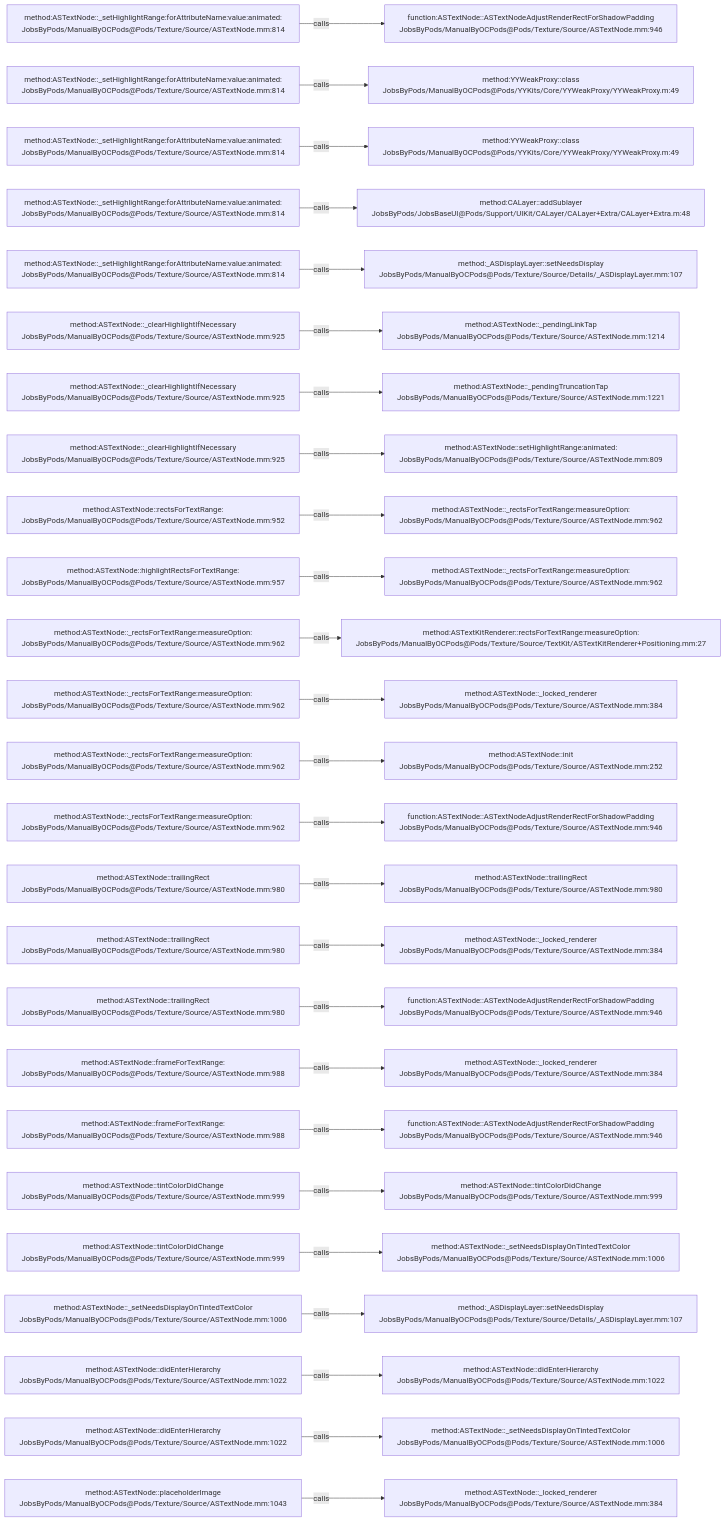
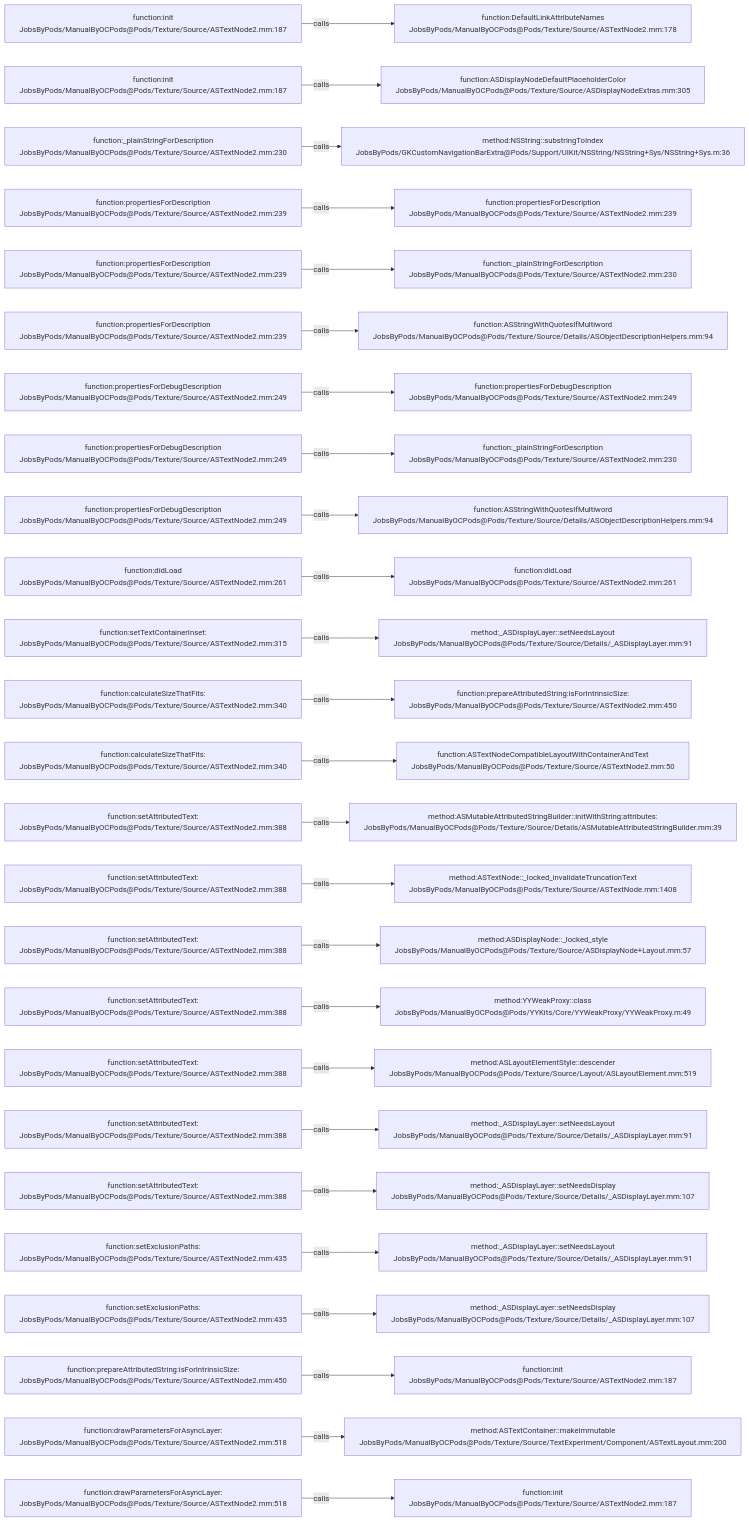
The diagram in .codegraph/codegraph.md/graphs/calls-137.md (JobsKits/JobsOCBaseConfigDemo), drawn with Mermaid before and after one commit. The commit also changed 1353 other files, not shown here.

````diff
--- a/.codegraph/codegraph.md/graphs/calls-137.md
+++ b/.codegraph/codegraph.md/graphs/calls-137.md
@@ -13,78 +13,78 @@
 ```mermaid
 flowchart LR
-  S1["method:ASTextNode::_setHighlightRange:forAttributeName:value:animated:<br/>JobsByPods/ManualByOCPods@Pods/Texture/Source/ASTextNode.mm:814"]
-  T1["function:ASTextNode::ASTextNodeAdjustRenderRectForShadowPadding<br/>JobsByPods/ManualByOCPods@Pods/Texture/Source/ASTextNode.mm:946"]
+  S1["function:init<br/>JobsByPods/ManualByOCPods@Pods/Texture/Source/ASTextNode2.mm:187"]
+  T1["function:DefaultLinkAttributeNames<br/>JobsByPods/ManualByOCPods@Pods/Texture/Source/ASTextNode2.mm:178"]
   S1 -->|calls| T1
-  S2["method:ASTextNode::_setHighlightRange:forAttributeName:value:animated:<br/>JobsByPods/ManualByOCPods@Pods/Texture/Source/ASTextNode.mm:814"]
-  T2["method:YYWeakProxy::class<br/>JobsByPods/ManualByOCPods@Pods/YYKits/Core/YYWeakProxy/YYWeakProxy.m:49"]
+  S2["function:init<br/>JobsByPods/ManualByOCPods@Pods/Texture/Source/ASTextNode2.mm:187"]
+  T2["function:ASDisplayNodeDefaultPlaceholderColor<br/>JobsByPods/ManualByOCPods@Pods/Texture/Source/ASDisplayNodeExtras.mm:305"]
   S2 -->|calls| T2
-  S3["method:ASTextNode::_setHighlightRange:forAttributeName:value:animated:<br/>JobsByPods/ManualByOCPods@Pods/Texture/Source/ASTextNode.mm:814"]
-  T3["method:YYWeakProxy::class<br/>JobsByPods/ManualByOCPods@Pods/YYKits/Core/YYWeakProxy/YYWeakProxy.m:49"]
+  S3["function:_plainStringForDescription<br/>JobsByPods/ManualByOCPods@Pods/Texture/Source/ASTextNode2.mm:230"]
+  T3["method:NSString::substringToIndex<br/>JobsByPods/GKCustomNavigationBarExtra@Pods/Support/UIKit/NSString/NSString+Sys/NSString+Sys.m:36"]
   S3 -->|calls| T3
-  S4["method:ASTextNode::_setHighlightRange:forAttributeName:value:animated:<br/>JobsByPods/ManualByOCPods@Pods/Texture/Source/ASTextNode.mm:814"]
-  T4["method:CALayer::addSublayer<br/>JobsByPods/JobsBaseUI@Pods/Support/UIKit/CALayer/CALayer+Extra/CALayer+Extra.m:48"]
+  S4["function:propertiesForDescription<br/>JobsByPods/ManualByOCPods@Pods/Texture/Source/ASTextNode2.mm:239"]
+  T4["function:propertiesForDescription<br/>JobsByPods/ManualByOCPods@Pods/Texture/Source/ASTextNode2.mm:239"]
   S4 -->|calls| T4
-  S5["method:ASTextNode::_setHighlightRange:forAttributeName:value:animated:<br/>JobsByPods/ManualByOCPods@Pods/Texture/Source/ASTextNode.mm:814"]
-  T5["method:_ASDisplayLayer::setNeedsDisplay<br/>JobsByPods/ManualByOCPods@Pods/Texture/Source/Details/_ASDisplayLayer.mm:107"]
+  S5["function:propertiesForDescription<br/>JobsByPods/ManualByOCPods@Pods/Texture/Source/ASTextNode2.mm:239"]
+  T5["function:_plainStringForDescription<br/>JobsByPods/ManualByOCPods@Pods/Texture/Source/ASTextNode2.mm:230"]
   S5 -->|calls| T5
-  S6["method:ASTextNode::_clearHighlightIfNecessary<br/>JobsByPods/ManualByOCPods@Pods/Texture/Source/ASTextNode.mm:925"]
-  T6["method:ASTextNode::_pendingLinkTap<br/>JobsByPods/ManualByOCPods@Pods/Texture/Source/ASTextNode.mm:1214"]
+  S6["function:propertiesForDescription<br/>JobsByPods/ManualByOCPods@Pods/Texture/Source/ASTextNode2.mm:239"]
+  T6["function:ASStringWithQuotesIfMultiword<br/>JobsByPods/ManualByOCPods@Pods/Texture/Source/Details/ASObjectDescriptionHelpers.mm:94"]
   S6 -->|calls| T6
-  S7["method:ASTextNode::_clearHighlightIfNecessary<br/>JobsByPods/ManualByOCPods@Pods/Texture/Source/ASTextNode.mm:925"]
-  T7["method:ASTextNode::_pendingTruncationTap<br/>JobsByPods/ManualByOCPods@Pods/Texture/Source/ASTextNode.mm:1221"]
+  S7["function:propertiesForDebugDescription<br/>JobsByPods/ManualByOCPods@Pods/Texture/Source/ASTextNode2.mm:249"]
+  T7["function:propertiesForDebugDescription<br/>JobsByPods/ManualByOCPods@Pods/Texture/Source/ASTextNode2.mm:249"]
   S7 -->|calls| T7
-  S8["method:ASTextNode::_clearHighlightIfNecessary<br/>JobsByPods/ManualByOCPods@Pods/Texture/Source/ASTextNode.mm:925"]
-  T8["method:ASTextNode::setHighlightRange:animated:<br/>JobsByPods/ManualByOCPods@Pods/Texture/Source/ASTextNode.mm:809"]
+  S8["function:propertiesForDebugDescription<br/>JobsByPods/ManualByOCPods@Pods/Texture/Source/ASTextNode2.mm:249"]
+  T8["function:_plainStringForDescription<br/>JobsByPods/ManualByOCPods@Pods/Texture/Source/ASTextNode2.mm:230"]
   S8 -->|calls| T8
-  S9["method:ASTextNode::rectsForTextRange:<br/>JobsByPods/ManualByOCPods@Pods/Texture/Source/ASTextNode.mm:952"]
-  T9["method:ASTextNode::_rectsForTextRange:measureOption:<br/>JobsByPods/ManualByOCPods@Pods/Texture/Source/ASTextNode.mm:962"]
+  S9["function:propertiesForDebugDescription<br/>JobsByPods/ManualByOCPods@Pods/Texture/Source/ASTextNode2.mm:249"]
+  T9["function:ASStringWithQuotesIfMultiword<br/>JobsByPods/ManualByOCPods@Pods/Texture/Source/Details/ASObjectDescriptionHelpers.mm:94"]
   S9 -->|calls| T9
-  S10["method:ASTextNode::highlightRectsForTextRange:<br/>JobsByPods/ManualByOCPods@Pods/Texture/Source/ASTextNode.mm:957"]
-  T10["method:ASTextNode::_rectsForTextRange:measureOption:<br/>JobsByPods/ManualByOCPods@Pods/Texture/Source/ASTextNode.mm:962"]
+  S10["function:didLoad<br/>JobsByPods/ManualByOCPods@Pods/Texture/Source/ASTextNode2.mm:261"]
+  T10["function:didLoad<br/>JobsByPods/ManualByOCPods@Pods/Texture/Source/ASTextNode2.mm:261"]
   S10 -->|calls| T10
-  S11["method:ASTextNode::_rectsForTextRange:measureOption:<br/>JobsByPods/ManualByOCPods@Pods/Texture/Source/ASTextNode.mm:962"]
-  T11["method:ASTextKitRenderer::rectsForTextRange:measureOption:<br/>JobsByPods/ManualByOCPods@Pods/Texture/Source/TextKit/ASTextKitRenderer+Positioning.mm:27"]
+  S11["function:setTextContainerInset:<br/>JobsByPods/ManualByOCPods@Pods/Texture/Source/ASTextNode2.mm:315"]
+  T11["method:_ASDisplayLayer::setNeedsLayout<br/>JobsByPods/ManualByOCPods@Pods/Texture/Source/Details/_ASDisplayLayer.mm:91"]
   S11 -->|calls| T11
-  S12["method:ASTextNode::_rectsForTextRange:measureOption:<br/>JobsByPods/ManualByOCPods@Pods/Texture/Source/ASTextNode.mm:962"]
-  T12["method:ASTextNode::_locked_renderer<br/>JobsByPods/ManualByOCPods@Pods/Texture/Source/ASTextNode.mm:384"]
+  S12["function:calculateSizeThatFits:<br/>JobsByPods/ManualByOCPods@Pods/Texture/Source/ASTextNode2.mm:340"]
+  T12["function:prepareAttributedString:isForIntrinsicSize:<br/>JobsByPods/ManualByOCPods@Pods/Texture/Source/ASTextNode2.mm:450"]
   S12 -->|calls| T12
-  S13["method:ASTextNode::_rectsForTextRange:measureOption:<br/>JobsByPods/ManualByOCPods@Pods/Texture/Source/ASTextNode.mm:962"]
-  T13["method:ASTextNode::init<br/>JobsByPods/ManualByOCPods@Pods/Texture/Source/ASTextNode.mm:252"]
+  S13["function:calculateSizeThatFits:<br/>JobsByPods/ManualByOCPods@Pods/Texture/Source/ASTextNode2.mm:340"]
+  T13["function:ASTextNodeCompatibleLayoutWithContainerAndText<br/>JobsByPods/ManualByOCPods@Pods/Texture/Source/ASTextNode2.mm:50"]
   S13 -->|calls| T13
-  S14["method:ASTextNode::_rectsForTextRange:measureOption:<br/>JobsByPods/ManualByOCPods@Pods/Texture/Source/ASTextNode.mm:962"]
-  T14["function:ASTextNode::ASTextNodeAdjustRenderRectForShadowPadding<br/>JobsByPods/ManualByOCPods@Pods/Texture/Source/ASTextNode.mm:946"]
+  S14["function:setAttributedText:<br/>JobsByPods/ManualByOCPods@Pods/Texture/Source/ASTextNode2.mm:388"]
+  T14["method:ASMutableAttributedStringBuilder::initWithString:attributes:<br/>JobsByPods/ManualByOCPods@Pods/Texture/Source/Details/ASMutableAttributedStringBuilder.mm:39"]
   S14 -->|calls| T14
-  S15["method:ASTextNode::trailingRect<br/>JobsByPods/ManualByOCPods@Pods/Texture/Source/ASTextNode.mm:980"]
-  T15["method:ASTextNode::trailingRect<br/>JobsByPods/ManualByOCPods@Pods/Texture/Source/ASTextNode.mm:980"]
+  S15["function:setAttributedText:<br/>JobsByPods/ManualByOCPods@Pods/Texture/Source/ASTextNode2.mm:388"]
+  T15["method:ASTextNode::_locked_invalidateTruncationText<br/>JobsByPods/ManualByOCPods@Pods/Texture/Source/ASTextNode.mm:1408"]
   S15 -->|calls| T15
-  S16["method:ASTextNode::trailingRect<br/>JobsByPods/ManualByOCPods@Pods/Texture/Source/ASTextNode.mm:980"]
-  T16["method:ASTextNode::_locked_renderer<br/>JobsByPods/ManualByOCPods@Pods/Texture/Source/ASTextNode.mm:384"]
+  S16["function:setAttributedText:<br/>JobsByPods/ManualByOCPods@Pods/Texture/Source/ASTextNode2.mm:388"]
+  T16["method:ASDisplayNode::_locked_style<br/>JobsByPods/ManualByOCPods@Pods/Texture/Source/ASDisplayNode+Layout.mm:57"]
   S16 -->|calls| T16
-  S17["method:ASTextNode::trailingRect<br/>JobsByPods/ManualByOCPods@Pods/Texture/Source/ASTextNode.mm:980"]
-  T17["function:ASTextNode::ASTextNodeAdjustRenderRectForShadowPadding<br/>JobsByPods/ManualByOCPods@Pods/Texture/Source/ASTextNode.mm:946"]
+  S17["function:setAttributedText:<br/>JobsByPods/ManualByOCPods@Pods/Texture/Source/ASTextNode2.mm:388"]
+  T17["method:YYWeakProxy::class<br/>JobsByPods/ManualByOCPods@Pods/YYKits/Core/YYWeakProxy/YYWeakProxy.m:49"]
   S17 -->|calls| T17
-  S18["method:ASTextNode::frameForTextRange:<br/>JobsByPods/ManualByOCPods@Pods/Texture/Source/ASTextNode.mm:988"]
-  T18["method:ASTextNode::_locked_renderer<br/>JobsByPods/ManualByOCPods@Pods/Texture/Source/ASTextNode.mm:384"]
+  S18["function:setAttributedText:<br/>JobsByPods/ManualByOCPods@Pods/Texture/Source/ASTextNode2.mm:388"]
+  T18["method:ASLayoutElementStyle::descender<br/>JobsByPods/ManualByOCPods@Pods/Texture/Source/Layout/ASLayoutElement.mm:519"]
   S18 -->|calls| T18
-  S19["method:ASTextNode::frameForTextRange:<br/>JobsByPods/ManualByOCPods@Pods/Texture/Source/ASTextNode.mm:988"]
-  T19["function:ASTextNode::ASTextNodeAdjustRenderRectForShadowPadding<br/>JobsByPods/ManualByOCPods@Pods/Texture/Source/ASTextNode.mm:946"]
+  S19["function:setAttributedText:<br/>JobsByPods/ManualByOCPods@Pods/Texture/Source/ASTextNode2.mm:388"]
+  T19["method:_ASDisplayLayer::setNeedsLayout<br/>JobsByPods/ManualByOCPods@Pods/Texture/Source/Details/_ASDisplayLayer.mm:91"]
   S19 -->|calls| T19
-  S20["method:ASTextNode::tintColorDidChange<br/>JobsByPods/ManualByOCPods@Pods/Texture/Source/ASTextNode.mm:999"]
-  T20["method:ASTextNode::tintColorDidChange<br/>JobsByPods/ManualByOCPods@Pods/Texture/Source/ASTextNode.mm:999"]
+  S20["function:setAttributedText:<br/>JobsByPods/ManualByOCPods@Pods/Texture/Source/ASTextNode2.mm:388"]
+  T20["method:_ASDisplayLayer::setNeedsDisplay<br/>JobsByPods/ManualByOCPods@Pods/Texture/Source/Details/_ASDisplayLayer.mm:107"]
   S20 -->|calls| T20
-  S21["method:ASTextNode::tintColorDidChange<br/>JobsByPods/ManualByOCPods@Pods/Texture/Source/ASTextNode.mm:999"]
-  T21["method:ASTextNode::_setNeedsDisplayOnTintedTextColor<br/>JobsByPods/ManualByOCPods@Pods/Texture/Source/ASTextNode.mm:1006"]
+  S21["function:setExclusionPaths:<br/>JobsByPods/ManualByOCPods@Pods/Texture/Source/ASTextNode2.mm:435"]
+  T21["method:_ASDisplayLayer::setNeedsLayout<br/>JobsByPods/ManualByOCPods@Pods/Texture/Source/Details/_ASDisplayLayer.mm:91"]
   S21 -->|calls| T21
-  S22["method:ASTextNode::_setNeedsDisplayOnTintedTextColor<br/>JobsByPods/ManualByOCPods@Pods/Texture/Source/ASTextNode.mm:1006"]
+  S22["function:setExclusionPaths:<br/>JobsByPods/ManualByOCPods@Pods/Texture/Source/ASTextNode2.mm:435"]
   T22["method:_ASDisplayLayer::setNeedsDisplay<br/>JobsByPods/ManualByOCPods@Pods/Texture/Source/Details/_ASDisplayLayer.mm:107"]
   S22 -->|calls| T22
-  S23["method:ASTextNode::didEnterHierarchy<br/>JobsByPods/ManualByOCPods@Pods/Texture/Source/ASTextNode.mm:1022"]
-  T23["method:ASTextNode::didEnterHierarchy<br/>JobsByPods/ManualByOCPods@Pods/Texture/Source/ASTextNode.mm:1022"]
+  S23["function:prepareAttributedString:isForIntrinsicSize:<br/>JobsByPods/ManualByOCPods@Pods/Texture/Source/ASTextNode2.mm:450"]
+  T23["function:init<br/>JobsByPods/ManualByOCPods@Pods/Texture/Source/ASTextNode2.mm:187"]
   S23 -->|calls| T23
-  S24["method:ASTextNode::didEnterHierarchy<br/>JobsByPods/ManualByOCPods@Pods/Texture/Source/ASTextNode.mm:1022"]
-  T24["method:ASTextNode::_setNeedsDisplayOnTintedTextColor<br/>JobsByPods/ManualByOCPods@Pods/Texture/Source/ASTextNode.mm:1006"]
+  S24["function:drawParametersForAsyncLayer:<br/>JobsByPods/ManualByOCPods@Pods/Texture/Source/ASTextNode2.mm:518"]
+  T24["method:ASTextContainer::makeImmutable<br/>JobsByPods/ManualByOCPods@Pods/Texture/Source/TextExperiment/Component/ASTextLayout.mm:200"]
   S24 -->|calls| T24
-  S25["method:ASTextNode::placeholderImage<br/>JobsByPods/ManualByOCPods@Pods/Texture/Source/ASTextNode.mm:1043"]
-  T25["method:ASTextNode::_locked_renderer<br/>JobsByPods/ManualByOCPods@Pods/Texture/Source/ASTextNode.mm:384"]
+  S25["function:drawParametersForAsyncLayer:<br/>JobsByPods/ManualByOCPods@Pods/Texture/Source/ASTextNode2.mm:518"]
+  T25["function:init<br/>JobsByPods/ManualByOCPods@Pods/Texture/Source/ASTextNode2.mm:187"]
   S25 -->|calls| T25
 ```
````
